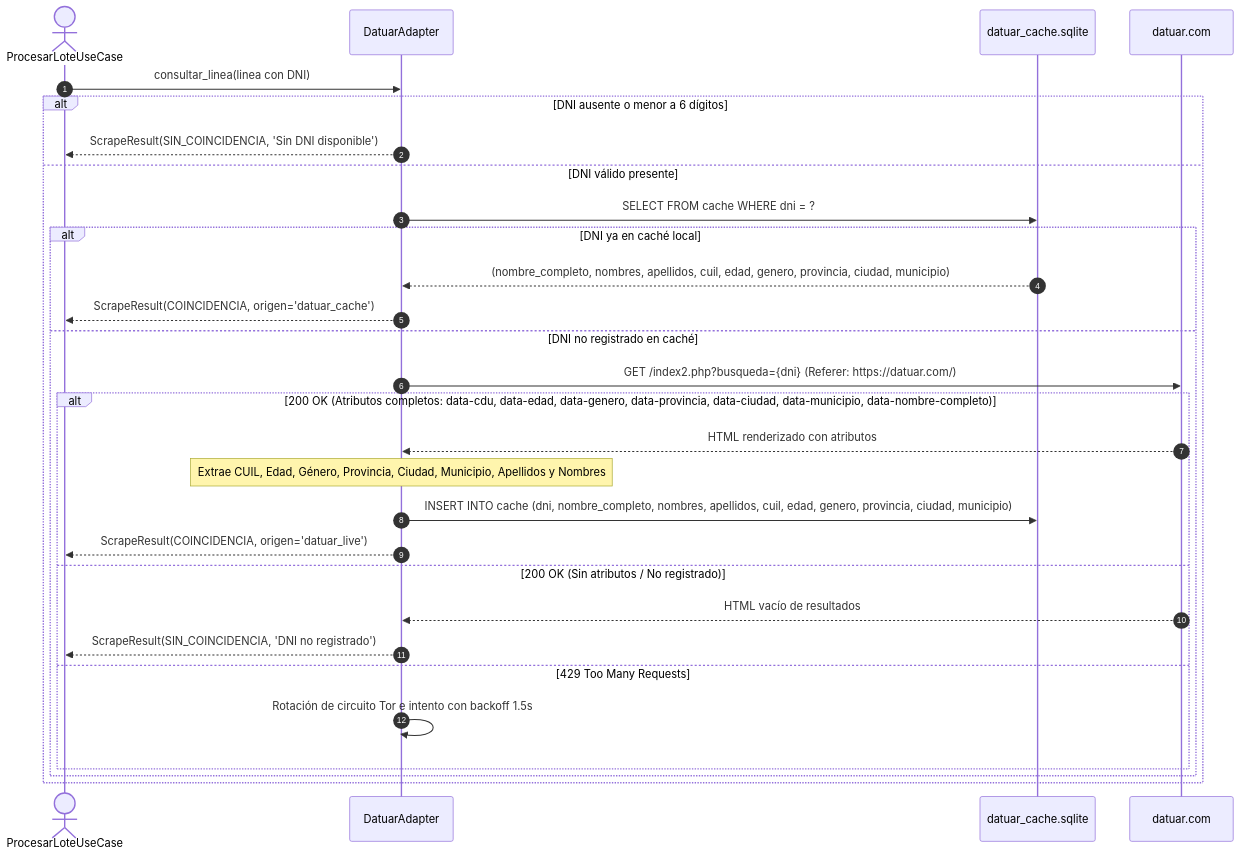
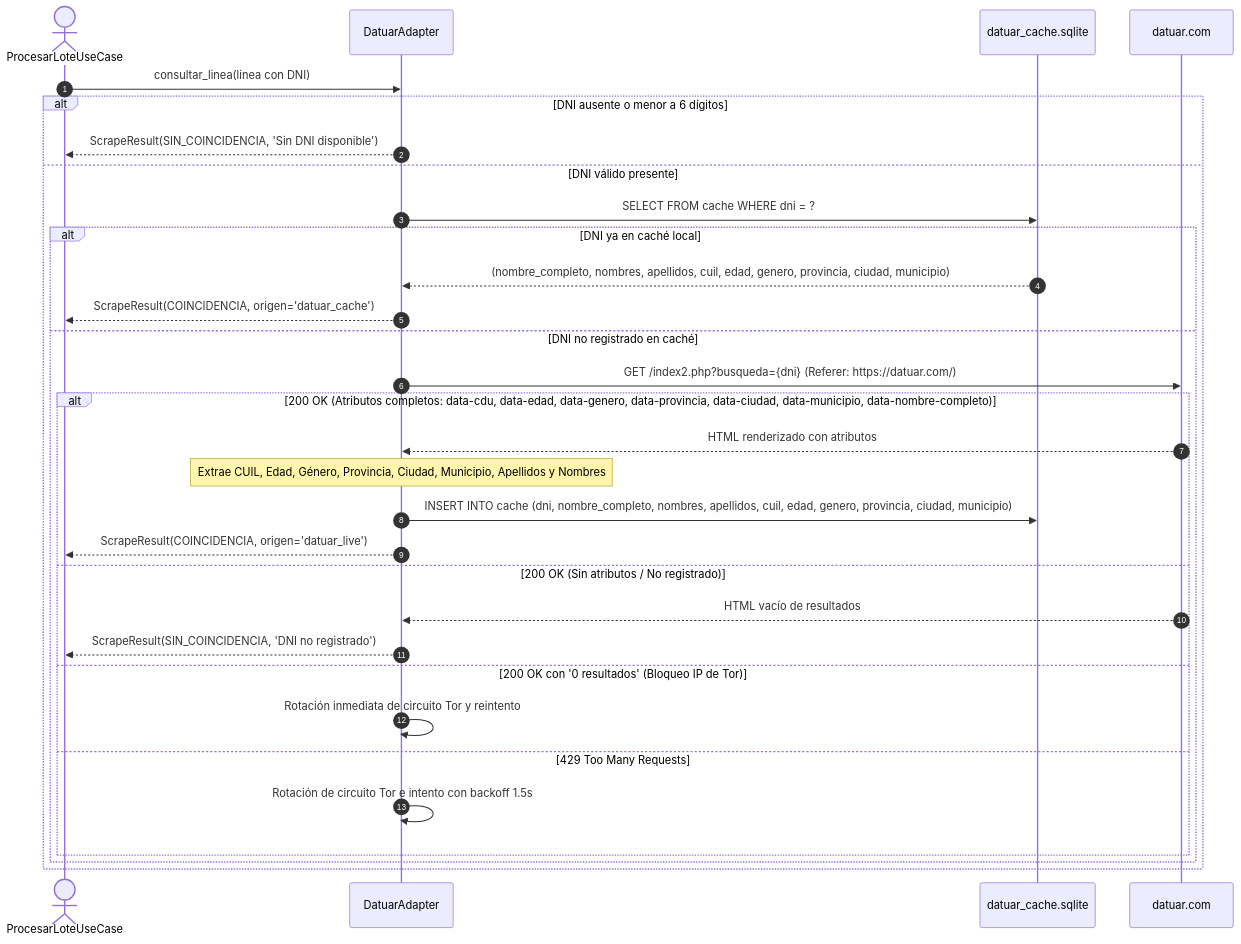
One commit to CofradiaGS/scrapers-reg-no-llame changed the second of 2 diagrams in docs/05_guia_nuevos_scrapers/guia_creacion_datuar.md. Above: the diagram before and after it, drawn with Mermaid. The commit also changed other lines of this file and 54 other files, not shown here.

````diff
--- a/docs/05_guia_nuevos_scrapers/guia_creacion_datuar.md
+++ b/docs/05_guia_nuevos_scrapers/guia_creacion_datuar.md
@@ -60,32 +60,34 @@
 ```mermaid
 sequenceDiagram
     autonumber
     actor CasoUso as ProcesarLoteUseCase
     participant Adapter as DatuarAdapter
     participant Cache as datuar_cache.sqlite
     participant API as datuar.com
 
     CasoUso->>Adapter: consultar_linea(linea con DNI)
     alt DNI ausente o menor a 6 dígitos
         Adapter-->>CasoUso: ScrapeResult(SIN_COINCIDENCIA, 'Sin DNI disponible')
     else DNI válido presente
         Adapter->>Cache: SELECT FROM cache WHERE dni = ?
         alt DNI ya en caché local
             Cache-->>Adapter: (nombre_completo, nombres, apellidos, cuil, edad, genero, provincia, ciudad, municipio)
             Adapter-->>CasoUso: ScrapeResult(COINCIDENCIA, origen='datuar_cache')
         else DNI no registrado en caché
             Adapter->>API: GET /index2.php?busqueda={dni} (Referer: https://datuar.com/)
             alt 200 OK (Atributos completos: data-cdu, data-edad, data-genero, data-provincia, data-ciudad, data-municipio, data-nombre-completo)
                 API-->>Adapter: HTML renderizado con atributos
                 Note over Adapter: Extrae CUIL, Edad, Género, Provincia, Ciudad, Municipio, Apellidos y Nombres
                 Adapter->>Cache: INSERT INTO cache (dni, nombre_completo, nombres, apellidos, cuil, edad, genero, provincia, ciudad, municipio)
                 Adapter-->>CasoUso: ScrapeResult(COINCIDENCIA, origen='datuar_live')
             else 200 OK (Sin atributos / No registrado)
                 API-->>Adapter: HTML vacío de resultados
                 Adapter-->>CasoUso: ScrapeResult(SIN_COINCIDENCIA, 'DNI no registrado')
+            else 200 OK con '0 resultados' (Bloqueo IP de Tor)
+                Adapter->>Adapter: Rotación inmediata de circuito Tor y reintento
             else 429 Too Many Requests
                 Adapter->>Adapter: Rotación de circuito Tor e intento con backoff 1.5s
             end
         end
     end
 ```
````
